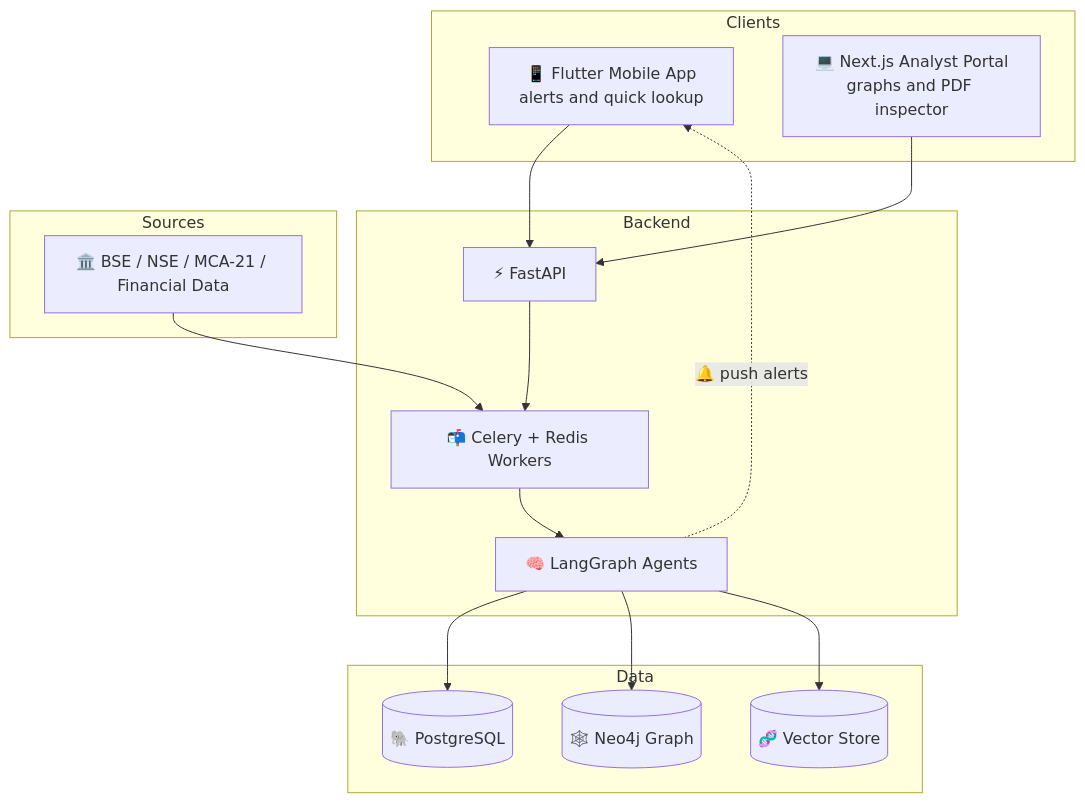
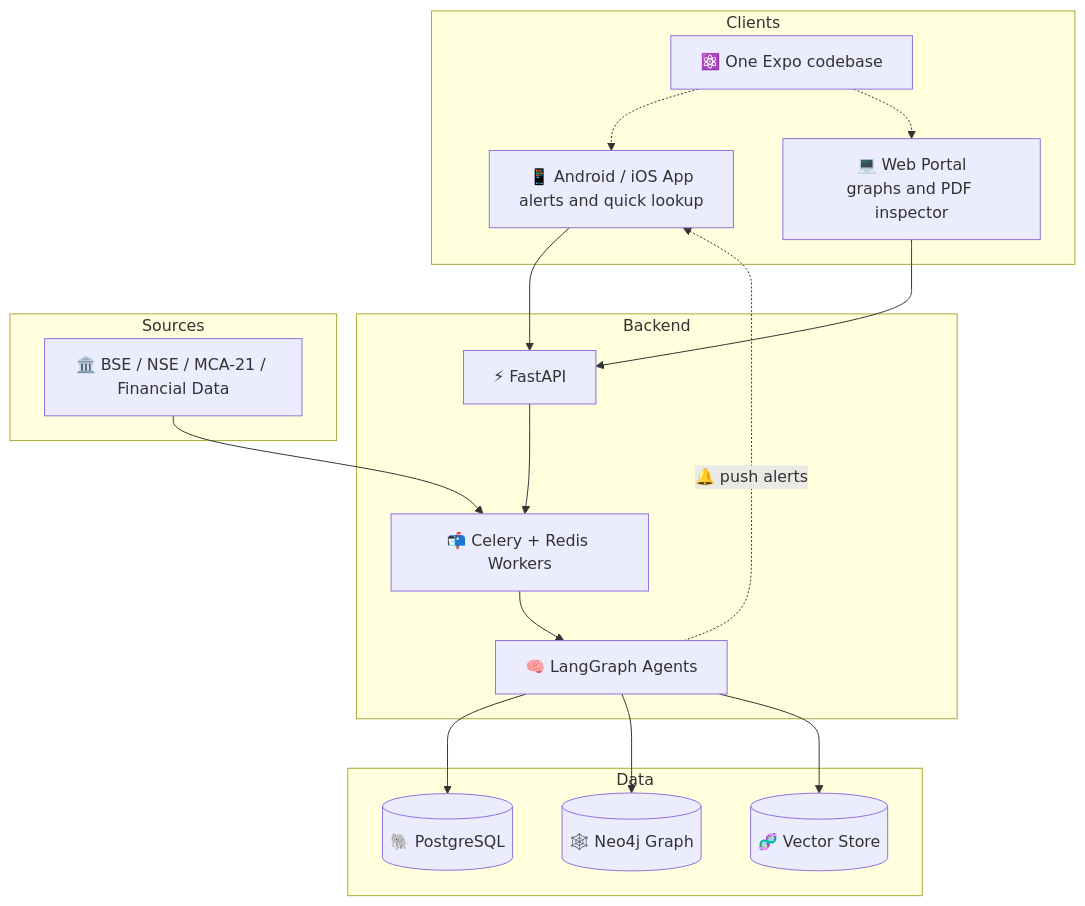
The third of 3 diagrams in README.md (arijeetdas/Abhimanyu), drawn with Mermaid before and after one commit. The commit also changed other lines of this file and 77 other files, not shown here.

Commit message:
chore: bootstrap Expo app, FastAPI backend and abhi team toolkit

````diff
--- a/README.md
+++ b/README.md
@@ -234,29 +235,32 @@
 ```mermaid
 flowchart TB
     subgraph Clients
-        M[📱 Flutter Mobile App<br/>alerts and quick lookup]
-        W[💻 Next.js Analyst Portal<br/>graphs and PDF inspector]
+        X[⚛️ One Expo codebase]
+        M[📱 Android / iOS App<br/>alerts and quick lookup]
+        W[💻 Web Portal<br/>graphs and PDF inspector]
     end
     subgraph Backend
         API[⚡ FastAPI]
         Q[📬 Celery + Redis Workers]
         O[🧠 LangGraph Agents]
     end
     subgraph Data
         PG[(🐘 PostgreSQL)]
         G[(🕸️ Neo4j Graph)]
         V[(🧬 Vector Store)]
     end
     subgraph Sources
         S[🏛️ BSE / NSE / MCA-21 / Financial Data]
     end
+    X -.-> M
+    X -.-> W
     M --> API
     W --> API
     API --> Q
     Q --> O
     O --> PG
     O --> G
     O --> V
     S --> Q
     O -. 🔔 push alerts .-> M
 ```
````
